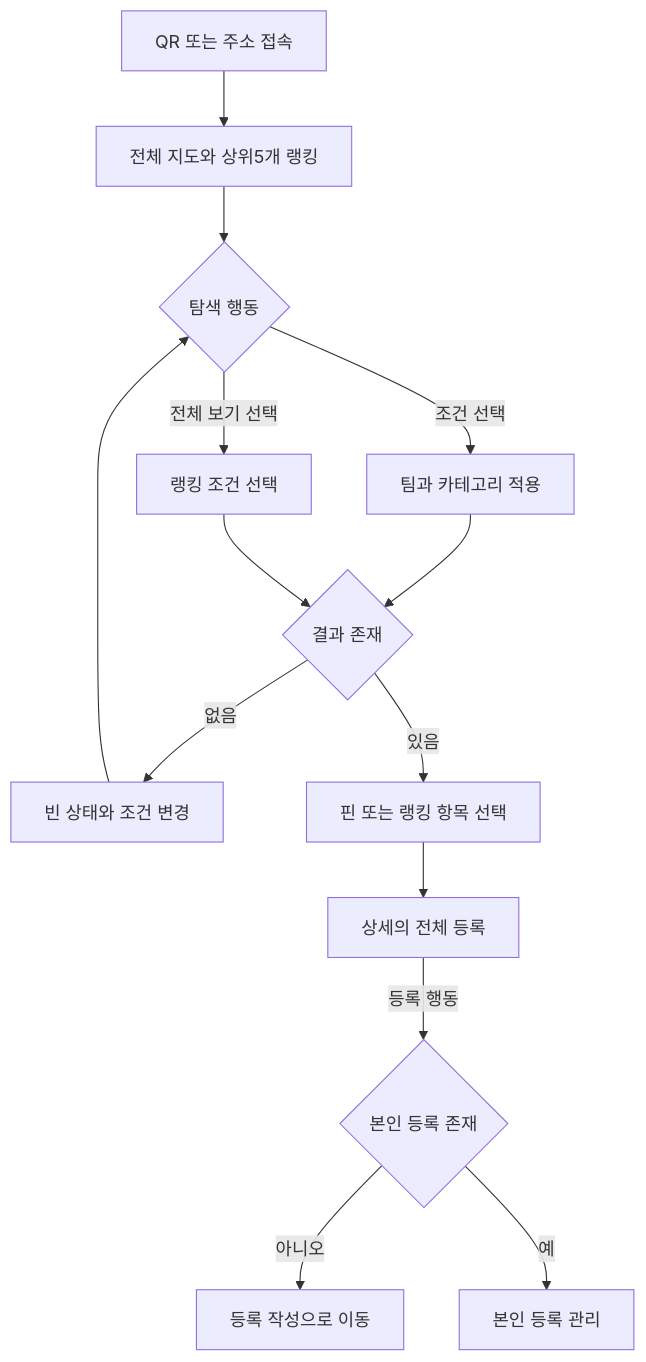
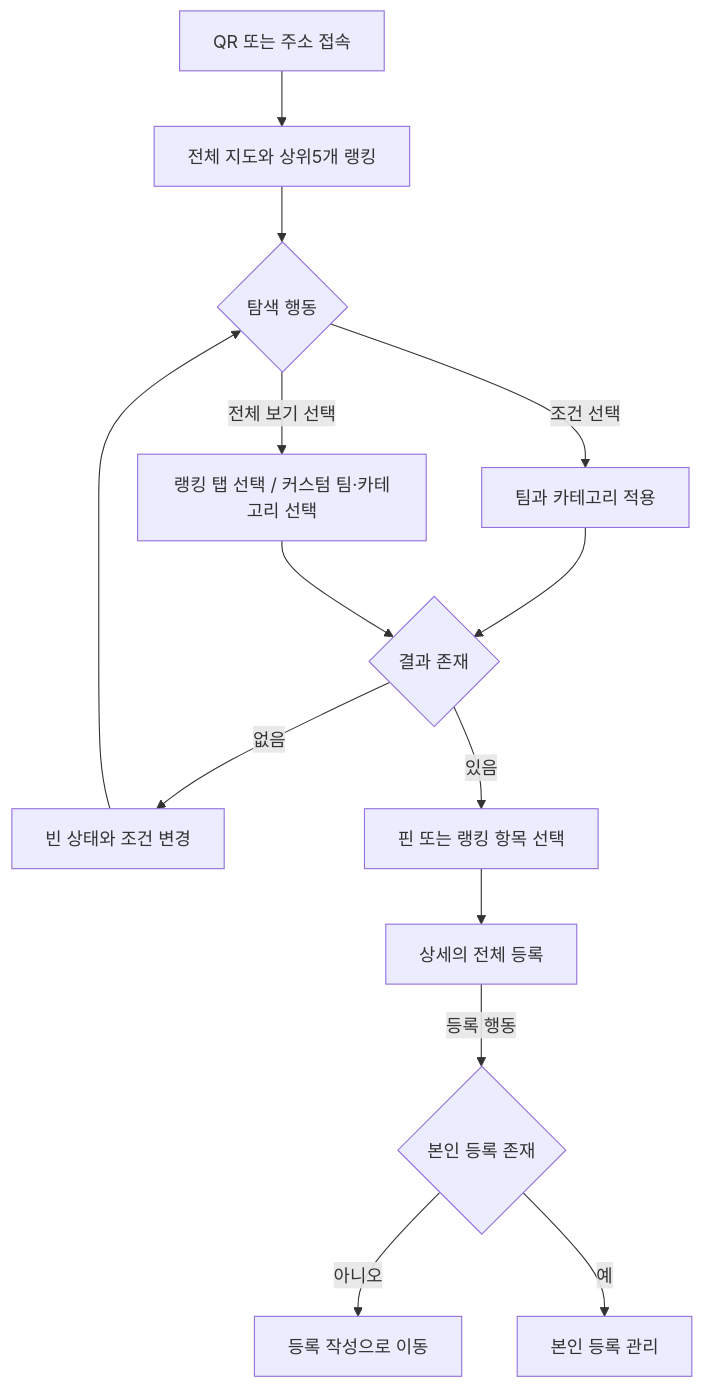
Before and after one commit to tunggary/it-center-food-map: the first of 5 diagrams in docs/2-user-story/participant.md, drawn with Mermaid. The commit also changed other lines of this file and 16 other files, not shown here.

````diff
--- a/docs/2-user-story/participant.md
+++ b/docs/2-user-story/participant.md
@@ -133,16 +133,16 @@
 ```mermaid
 flowchart TD
     visit["QR 또는 주소 접속"] --> home["전체 지도와 상위5개 랭킹"]
     home --> choose{"탐색 행동"}
     choose -->|"조건 선택"| filter["팀과 카테고리 적용"]
-    choose -->|"전체 보기 선택"| ranks["랭킹 조건 선택"]
+    choose -->|"전체 보기 선택"| ranks["랭킹 탭 선택 / 커스텀 팀·카테고리 선택"]
     filter --> results{"결과 존재"}
     ranks --> results
     results -->|"없음"| empty["빈 상태와 조건 변경"]
     empty --> choose
     results -->|"있음"| selectItem["핀 또는 랭킹 항목 선택"]
     selectItem --> detail["상세의 전체 등록"]
     detail -->|"등록 행동"| own{"본인 등록 존재"}
     own -->|"아니오"| form["등록 작성으로 이동"]
     own -->|"예"| manage["본인 등록 관리"]
 ```
````
